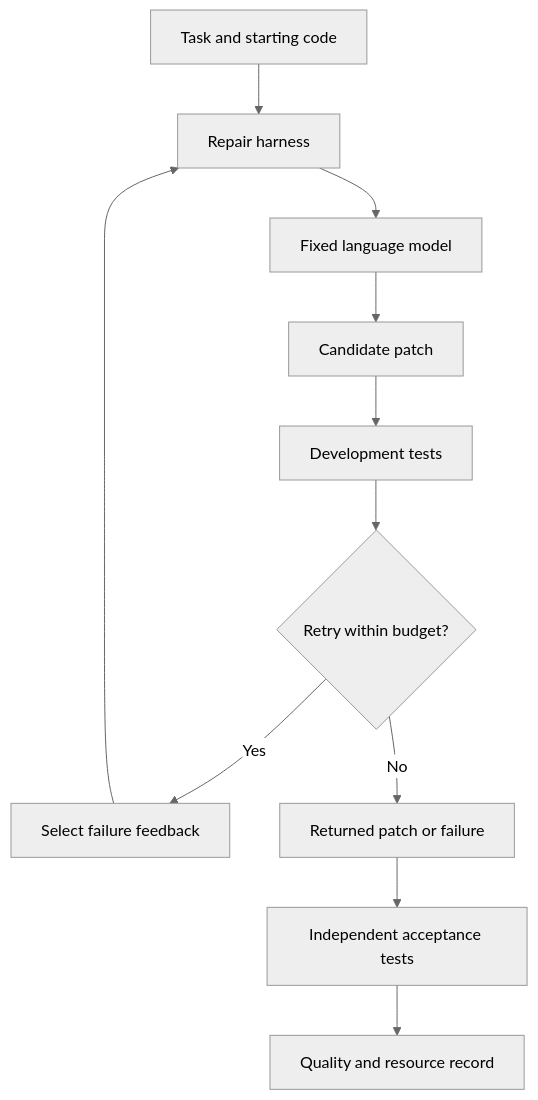
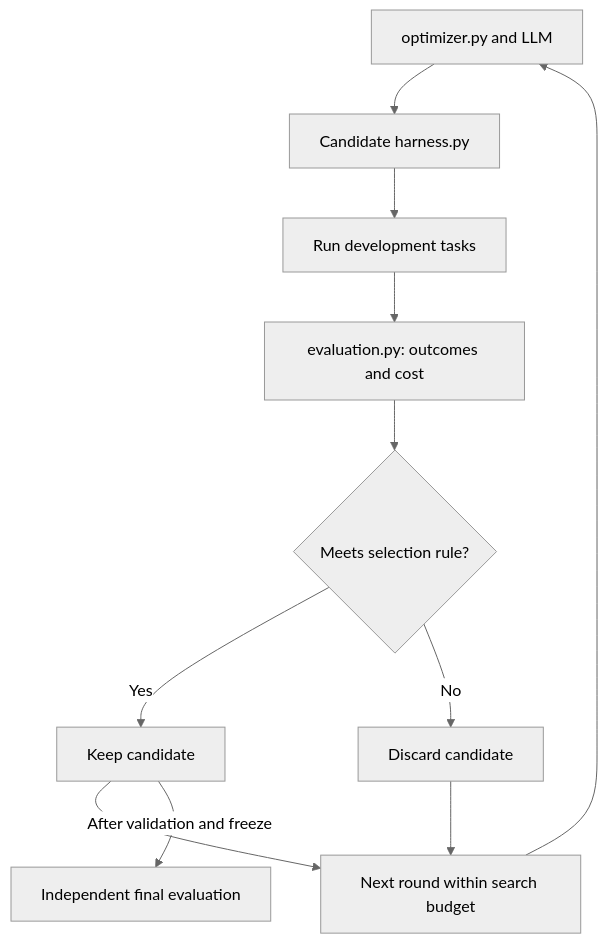
Before and after one commit to jairzinhosantos/thinking-harness: the second of 3 diagrams in research/proposals/case-0001-code-repair-harness.md, drawn with Mermaid (neutral theme). The commit also changed other lines of this file and 4 other files, not shown here.

Commit message:
docs: illustrate task repair and harness optimization

````diff
--- a/research/proposals/case-0001-code-repair-harness.md
+++ b/research/proposals/case-0001-code-repair-harness.md
@@ -63,13 +115,13 @@
 ```mermaid
 flowchart TD
-    T[Task and starting code] --> H[Repair harness]
-    H --> M[Fixed language model]
-    M --> P[Candidate patch]
-    P --> D[Development tests]
-    D --> R{Retry within budget?}
-    R -->|Yes| F[Select failure feedback]
-    F --> H
-    R -->|No| O[Returned patch or failure]
-    O --> E[Independent acceptance tests]
-    E --> V[Quality and resource record]
+    O[optimizer.py and LLM] --> C[Candidate harness.py]
+    C --> R[Run development tasks]
+    R --> E[evaluation.py: outcomes and cost]
+    E --> S{Meets selection rule?}
+    S -->|Yes| K[Keep candidate]
+    S -->|No| D[Discard candidate]
+    K --> B[Next round within search budget]
+    D --> B
+    B --> O
+    K -->|After validation and freeze| F[Independent final evaluation]
 ```
````
